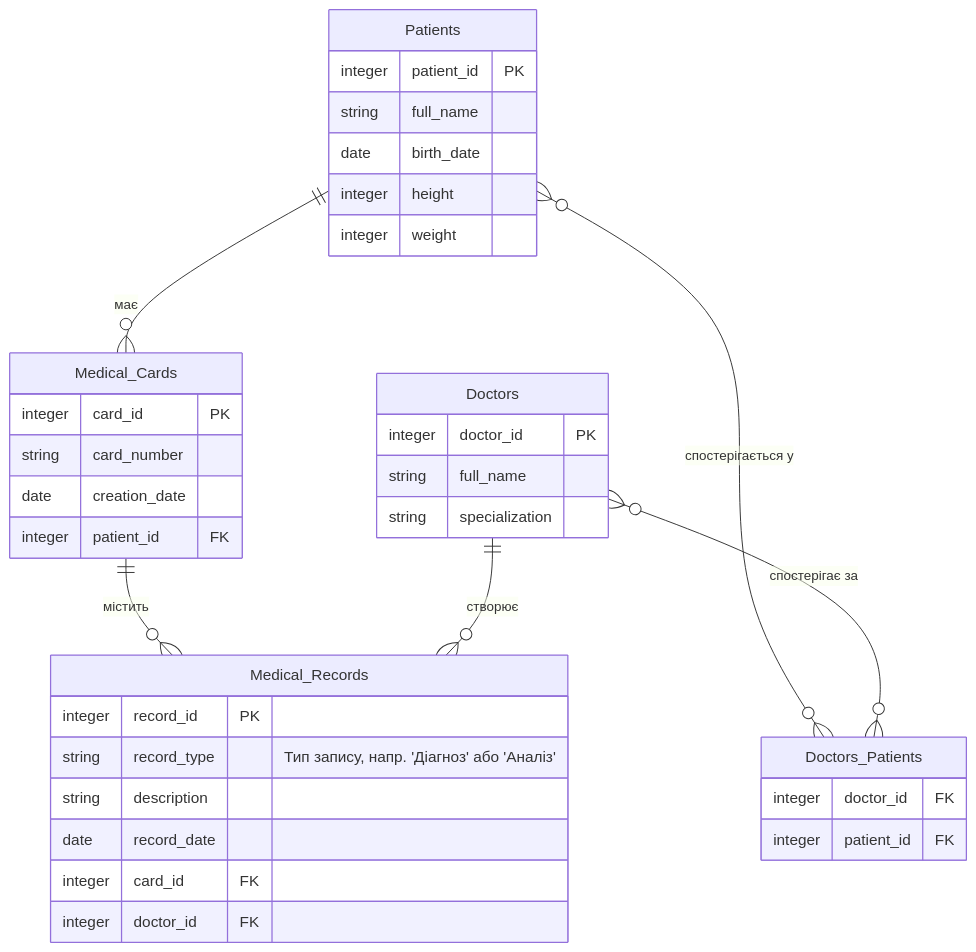
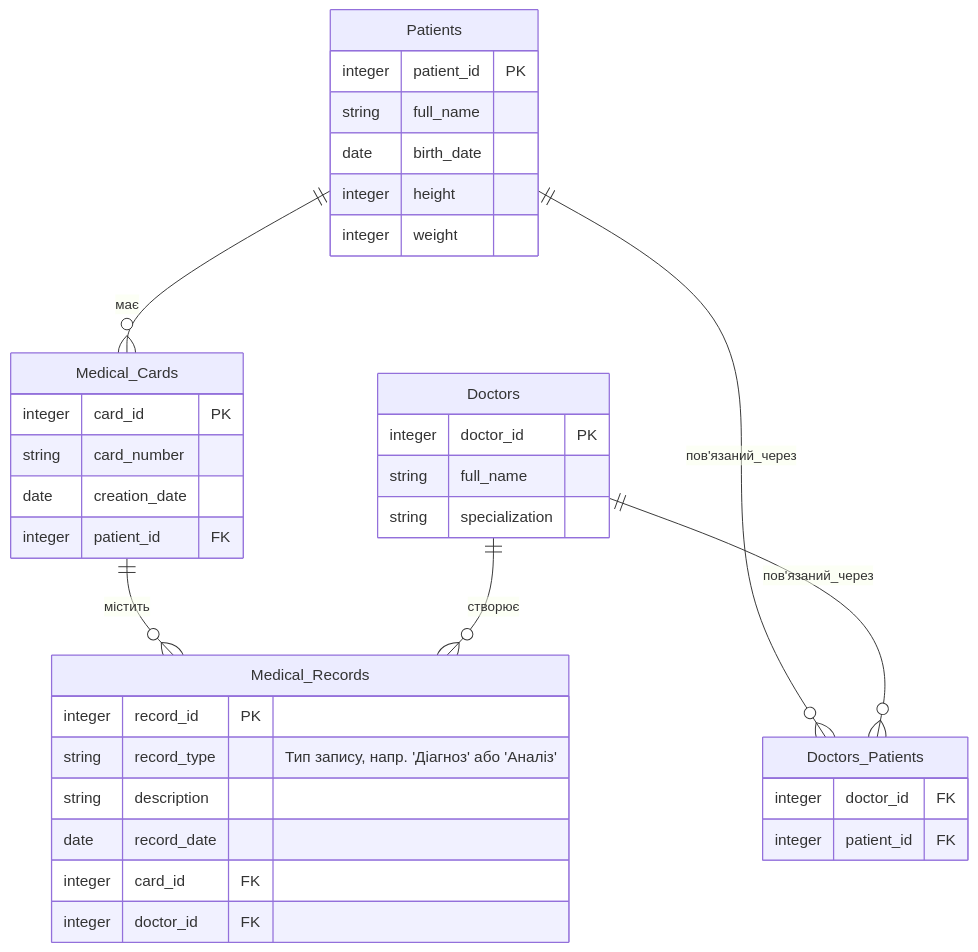
The diagram in DB-CW-3/RelDB.md (maksimsq/test-sw), drawn with Mermaid before and after one commit.

Commit message:
Update relationships in RelDB.md with cardinality

````diff
--- a/DB-CW-3/RelDB.md
+++ b/DB-CW-3/RelDB.md
@@ -1,46 +1,46 @@
 ```mermaid
 erDiagram
     Patients {
         integer patient_id PK
         string full_name
         date birth_date
         integer height
         integer weight
     }
 
     Doctors {
         integer doctor_id PK
         string full_name
         string specialization
     }
 
     %% Сполучна таблиця для зв'язку "багато-до-багатьох"
     Doctors_Patients {
         integer doctor_id FK
         integer patient_id FK
     }
 
     Medical_Cards {
         integer card_id PK
         string card_number
         date creation_date
         integer patient_id FK
     }
 
     Medical_Records {
         integer record_id PK
         string record_type "Тип запису, напр. 'Діагноз' або 'Аналіз'"
         string description
         date record_date
         integer card_id FK
         integer doctor_id FK
     }
 
-    %% Зв'язки
+    %% Зв'язки (кардинальності)
     Patients ||--o{ Medical_Cards : "має"
-    Patients }o--o{ Doctors_Patients : "спостерігається у"
-    Doctors }o--o{ Doctors_Patients : "спостерігає за"
-    
+    Patients ||--o{ Doctors_Patients : "пов'язаний_через"
+    Doctors ||--o{ Doctors_Patients : "пов'язаний_через"
+
     Medical_Cards ||--o{ Medical_Records : "містить"
     Doctors ||--o{ Medical_Records : "створює"
 ```
````
